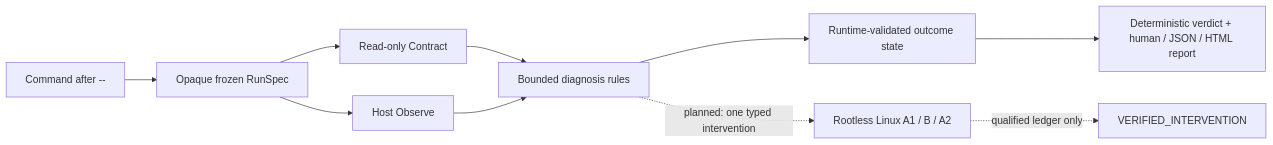
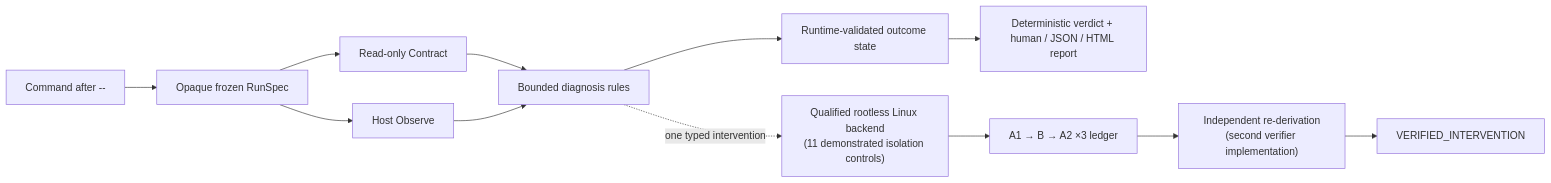
Before and after one commit to zwhy149/runparity: the diagram in README.md, drawn with Mermaid. The commit also changed other lines of this file and 2 other files, not shown here.

Commit message:
Redesign README for publication: banner, real-output terminal art, badges, mermaid pipeline, evidence-grade and corpus visuals, collapsible deep dive

````diff
--- a/README.md
+++ b/README.md
@@ -129,12 +89,14 @@
 ```mermaid
 flowchart LR
     A["Command after --"] --> B["Opaque frozen RunSpec"]
     B --> C["Read-only Contract"]
     B --> D["Host Observe"]
     C --> E["Bounded diagnosis rules"]
     D --> E
     E --> F["Runtime-validated outcome state"]
     F --> G["Deterministic verdict + human / JSON / HTML report"]
-    E -. "planned: one typed intervention" .-> H["Rootless Linux A1 / B / A2"]
-    H -. "qualified ledger only" .-> I["VERIFIED_INTERVENTION"]
+    E -. "one typed intervention" .-> H["Qualified rootless Linux backend<br/>(11 demonstrated isolation controls)"]
+    H --> I["A1 → B → A2 ×3 ledger"]
+    I --> J["Independent re-derivation<br/>(second verifier implementation)"]
+    J --> K["VERIFIED_INTERVENTION"]
 ```
````
